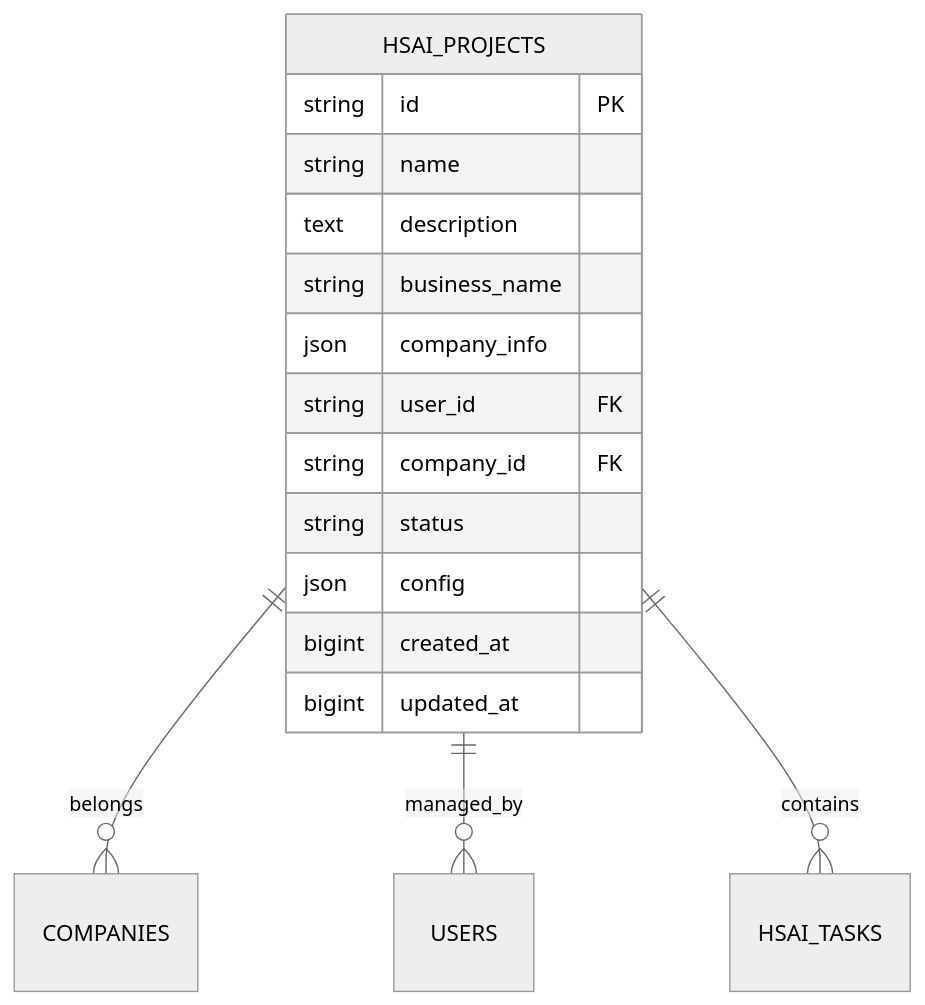
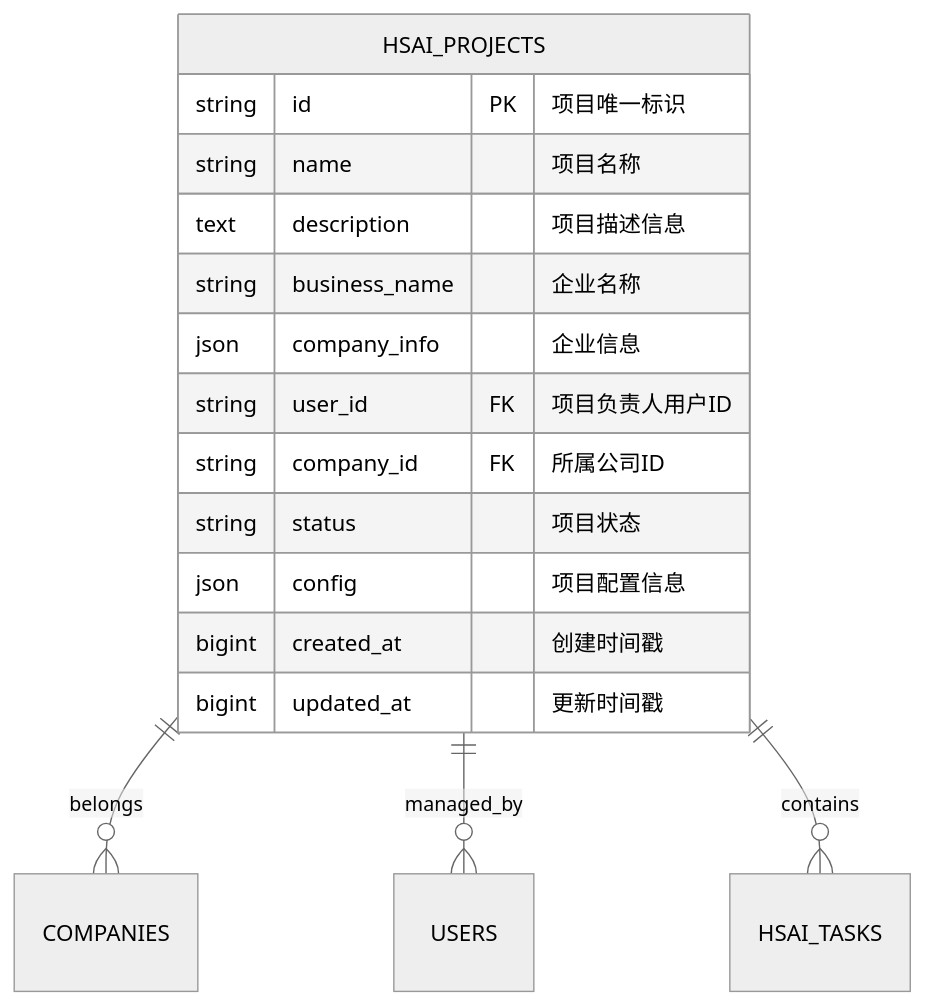
Before and after one commit to Cokefish9527/open-webui: the fourth of 13 diagrams in docs/96-基于任务的对话管理系统优化方案.md, drawn with Mermaid (neutral theme). The commit also changed other lines of this file, not shown here.

First line of the commit message:
docs(database): 补充实体关系图表字段说明

````diff
--- a/docs/96-基于任务的对话管理系统优化方案.md
+++ b/docs/96-基于任务的对话管理系统优化方案.md
@@ -104,19 +104,19 @@
 ```mermaid
 erDiagram
     HSAI_PROJECTS ||--o{ COMPANIES : belongs
     HSAI_PROJECTS ||--o{ USERS : managed_by
     HSAI_PROJECTS ||--o{ HSAI_TASKS : contains
     HSAI_PROJECTS {
-        string id PK
-        string name
-        text description
-        string business_name
-        json company_info
-        string user_id FK
-        string company_id FK
-        string status
-        json config
-        bigint created_at
-        bigint updated_at
+        string id PK "项目唯一标识"
+        string name "项目名称"
+        text description "项目描述信息"
+        string business_name "企业名称"
+        json company_info "企业信息"
+        string user_id FK "项目负责人用户ID"
+        string company_id FK "所属公司ID"
+        string status "项目状态"
+        json config "项目配置信息"
+        bigint created_at "创建时间戳"
+        bigint updated_at "更新时间戳"
     }
 ```
````
